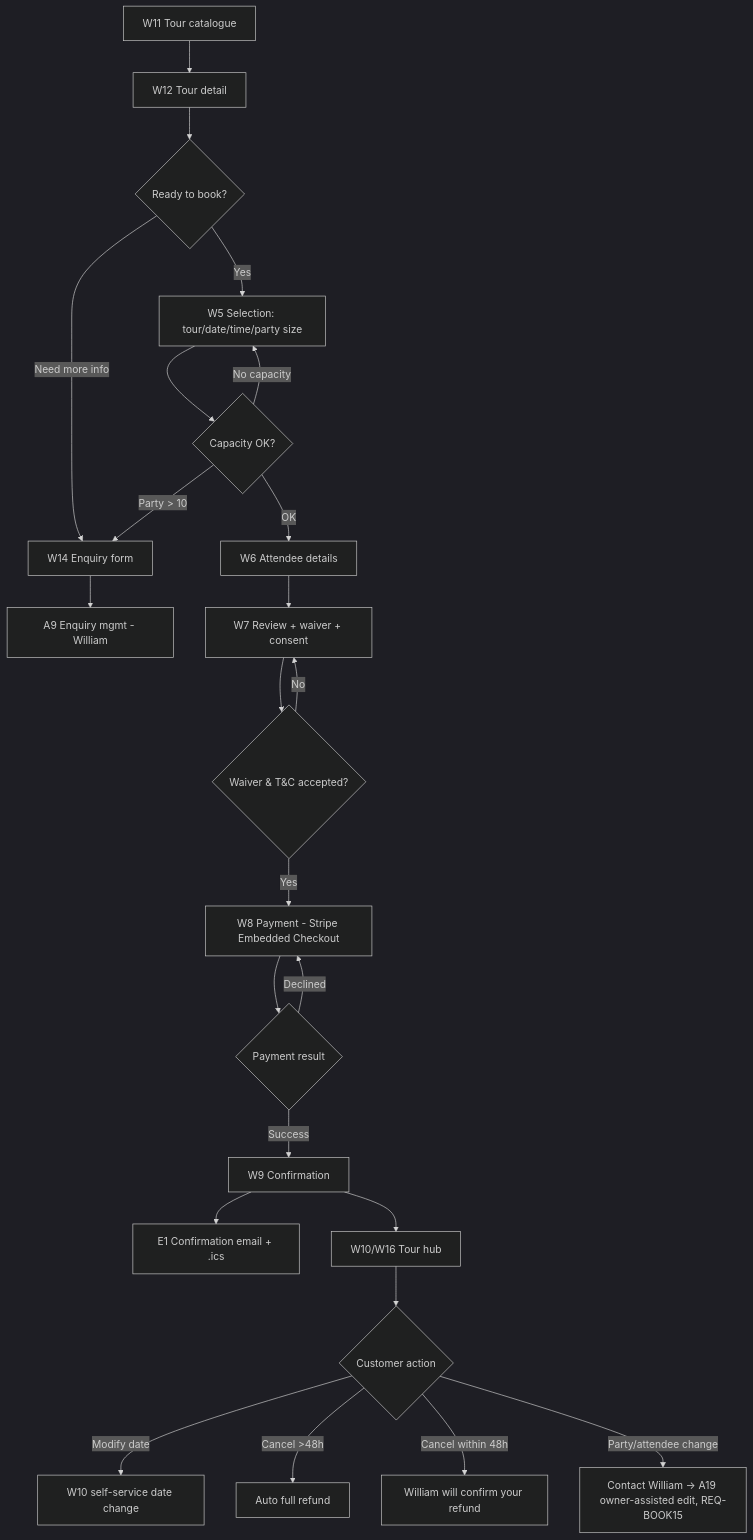
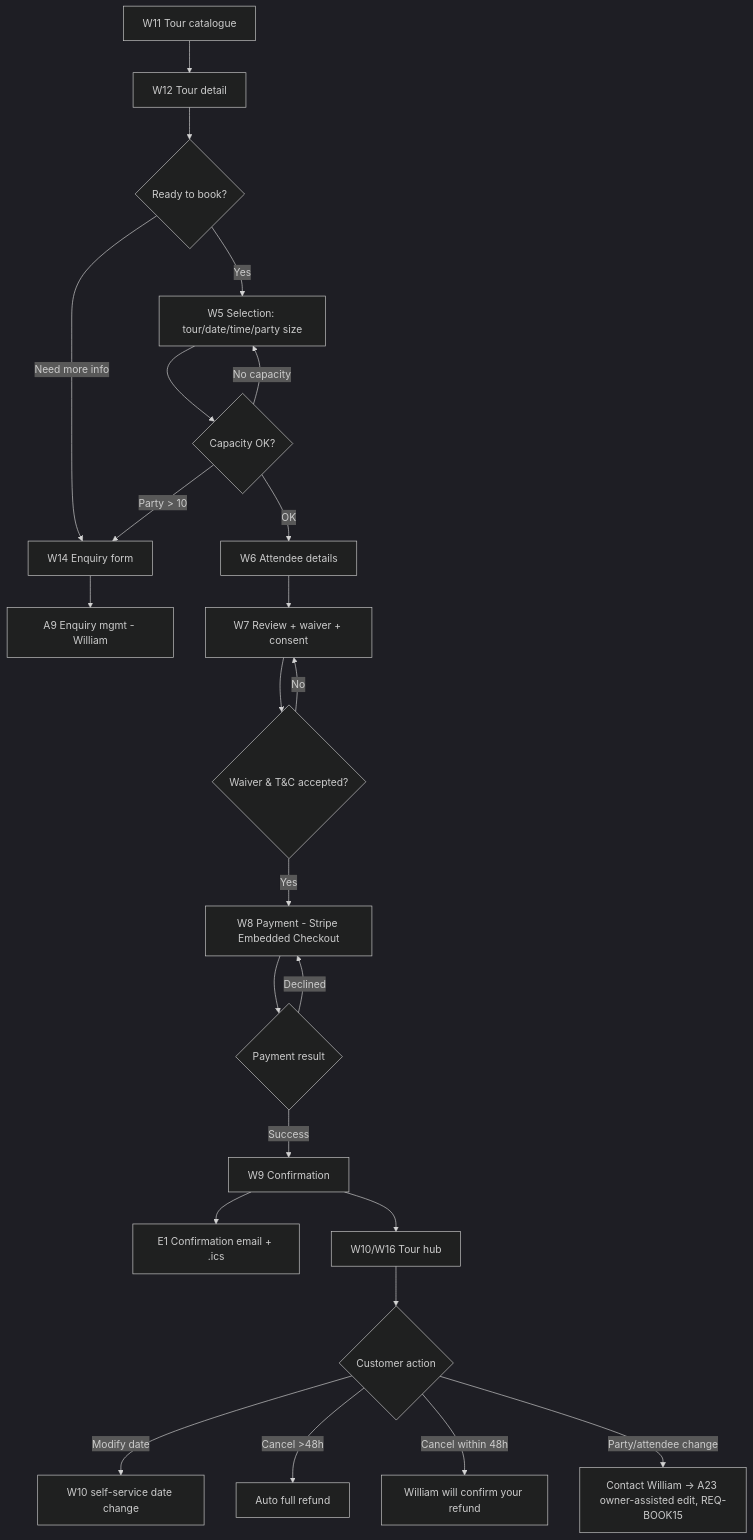
One commit to baliboy20/ROME_framework changed the first of 5 diagrams in frob-admin-Bacon/ARTIFACTS/_design/design-assets/user-flows.md. Above: the diagram before and after it, drawn with Mermaid (dark theme). The commit also changed other lines of this file and 24 other files, not shown here.

````diff
--- a/frob-admin-Bacon/ARTIFACTS/_design/design-assets/user-flows.md
+++ b/frob-admin-Bacon/ARTIFACTS/_design/design-assets/user-flows.md
@@ -31,25 +31,25 @@
 ```mermaid
 flowchart TD
     A[W11 Tour catalogue] --> B[W12 Tour detail]
     B --> C{Ready to book?}
     C -->|Yes| D[W5 Selection: tour/date/time/party size]
     C -->|Need more info| E[W14 Enquiry form] --> Z1[A9 Enquiry mgmt - William]
     D --> F{Capacity OK?}
     F -->|No capacity| D
     F -->|Party > 10| E
     F -->|OK| G[W6 Attendee details]
     G --> H[W7 Review + waiver + consent]
     H --> I{Waiver & T&C accepted?}
     I -->|No| H
     I -->|Yes| J[W8 Payment - Stripe Embedded Checkout]
     J --> K{Payment result}
     K -->|Declined| J
     K -->|Success| L[W9 Confirmation]
     L --> M[E1 Confirmation email + .ics]
     L --> N[W10/W16 Tour hub]
     N --> O{Customer action}
     O -->|Modify date| P[W10 self-service date change]
     O -->|Cancel >48h| Q[Auto full refund]
     O -->|Cancel within 48h| R["William will confirm your refund"]
-    O -->|Party/attendee change| S[Contact William -> A19 owner-assisted edit, REQ-BOOK15]
+    O -->|Party/attendee change| S[Contact William -> A23 owner-assisted edit, REQ-BOOK15]
 ```
````
